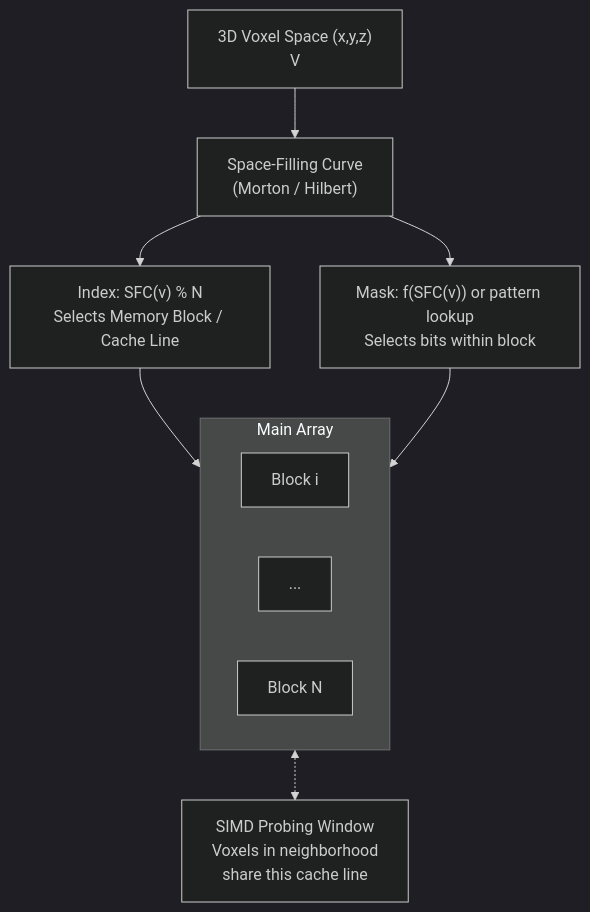
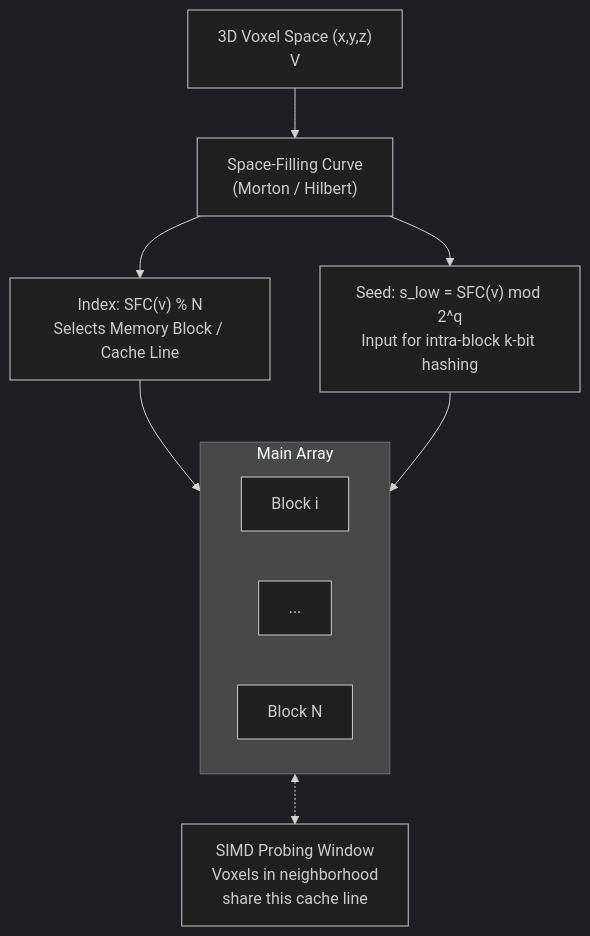
One commit to mlaass/counting-globimaps changed the first of 2 diagrams in docs/ideas/sbbf_proposal.md. Above: the diagram before and after it, drawn with Mermaid (dark theme). The commit also changed other lines of this file, not shown here.

Commit message:
docs: refine SBBF proposal with explicit intra-block hashing and bit-splitting formulas

````diff
--- a/docs/ideas/sbbf_proposal.md
+++ b/docs/ideas/sbbf_proposal.md
@@ -63,25 +68,25 @@
 ```mermaid
 flowchart TB
     V["3D Voxel Space (x,y,z)<br/> V "]
 
     SFC["Space-Filling Curve<br/>(Morton / Hilbert)"]
 
     V --> SFC
 
     SFC --> Index["Index: SFC(v) % N<br/>Selects Memory Block / Cache Line"]
-    SFC --> Mask["Mask: f(SFC(v)) or pattern lookup<br/>Selects bits within block"]
+    SFC --> Seed["Seed: s_low = SFC(v) mod 2^q<br/>Input for intra-block k-bit hashing"]
 
     Index --> Bi
-    Mask --> Bi
+    Seed --> Bi
 
     subgraph MainArray["Main Array"]
         direction LR
         Bi["Block i"]
         D2["..."]
         BN["Block N"]
     end
 
     SIMD["SIMD Probing Window<br/>Voxels in neighborhood<br/>share this cache line"]
 
     Bi <-.-> SIMD
 ```
````
